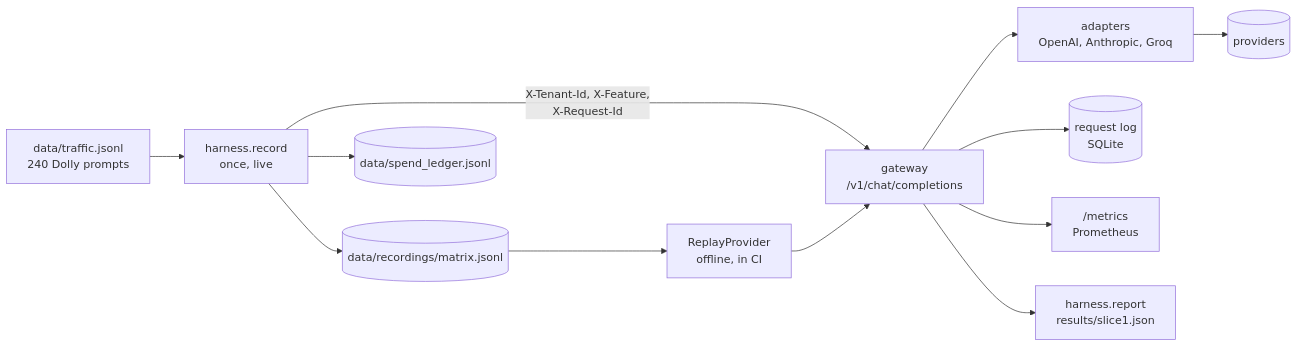
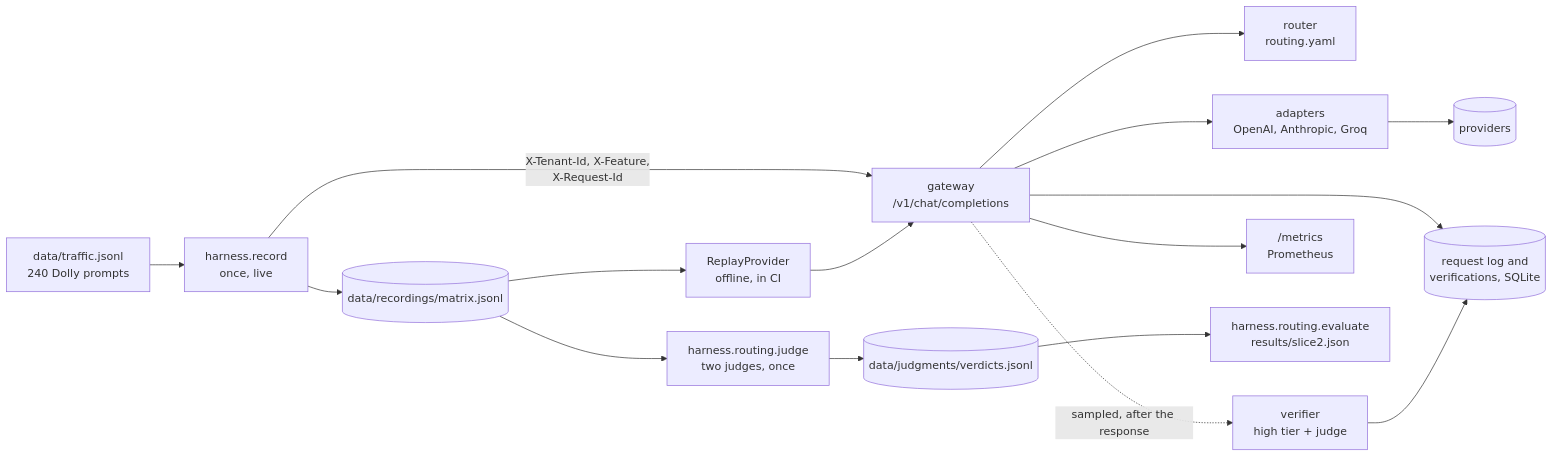
The diagram in README.md (yagosamu/llm-gateway), drawn with Mermaid before and after one commit. The commit also changed other lines of this file and 1 other file, not shown here.

First line of the commit message:
docs: report slice 2 in the README

````diff
--- a/README.md
+++ b/README.md
@@ -42,14 +74,18 @@
 ```mermaid
 flowchart LR
     T["data/traffic.jsonl<br/>240 Dolly prompts"] --> R["harness.record<br/>once, live"]
     R -- "X-Tenant-Id, X-Feature,<br/>X-Request-Id" --> G["gateway<br/>/v1/chat/completions"]
+    G --> RT["router<br/>routing.yaml"]
     G --> AD["adapters<br/>OpenAI, Anthropic, Groq"]
     AD --> P[("providers")]
-    G --> L[("request log<br/>SQLite")]
+    G --> L[("request log and<br/>verifications, SQLite")]
+    G -. "sampled, after the response" .-> V["verifier<br/>high tier + judge"]
+    V --> L
     G --> M["/metrics<br/>Prometheus"]
     R --> X[("data/recordings/matrix.jsonl")]
-    R --> B[("data/spend_ledger.jsonl")]
+    X --> J["harness.routing.judge<br/>two judges, once"]
+    J --> VD[("data/judgments/verdicts.jsonl")]
     X --> RP["ReplayProvider<br/>offline, in CI"]
     RP --> G
-    G --> REP["harness.report<br/>results/slice1.json"]
+    VD --> EV["harness.routing.evaluate<br/>results/slice2.json"]
 ```
````
